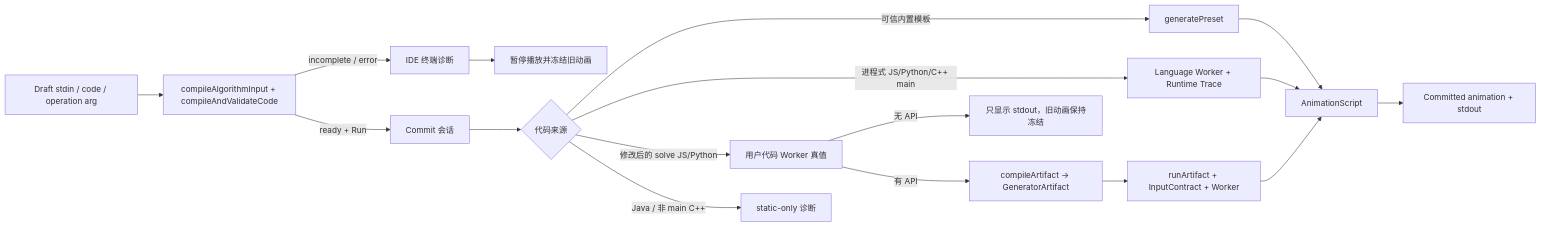
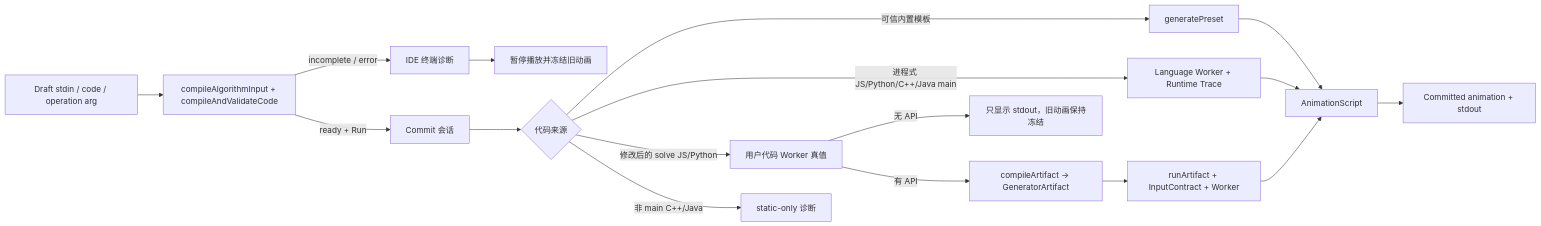
One commit to 1123074811/AlgoViz changed the second of 4 diagrams in docs/architecture/README.md. Above: the diagram before and after it, drawn with Mermaid. The commit also changed other lines of this file and 7 other files, not shown here.

````diff
--- a/docs/architecture/README.md
+++ b/docs/architecture/README.md
@@ -85,19 +85,19 @@
 ```mermaid
 flowchart LR
     A["Draft stdin / code / operation arg"] --> B["compileAlgorithmInput + compileAndValidateCode"]
     B -->|"incomplete / error"| C["IDE 终端诊断"]
     C --> D["暂停播放并冻结旧动画"]
     B -->|"ready + Run"| E["Commit 会话"]
     E --> F{"代码来源"}
     F -->|"可信内置模板"| G["generatePreset"]
-    F -->|"进程式 JS/Python/C++ main"| P["Language Worker + Runtime Trace"]
+    F -->|"进程式 JS/Python/C++/Java main"| P["Language Worker + Runtime Trace"]
     F -->|"修改后的 solve JS/Python"| H["用户代码 Worker 真值"]
-    F -->|"Java / 非 main C++"| I["static-only 诊断"]
+    F -->|"非 main C++/Java"| I["static-only 诊断"]
     P --> M
     H -->|"无 API"| J["只显示 stdout，旧动画保持冻结"]
     H -->|"有 API"| K["compileArtifact → GeneratorArtifact"]
     K --> L["runArtifact + InputContract + Worker"]
     G --> M["AnimationScript"]
     L --> M
     M --> N["Committed animation + stdout"]
 ```
````
